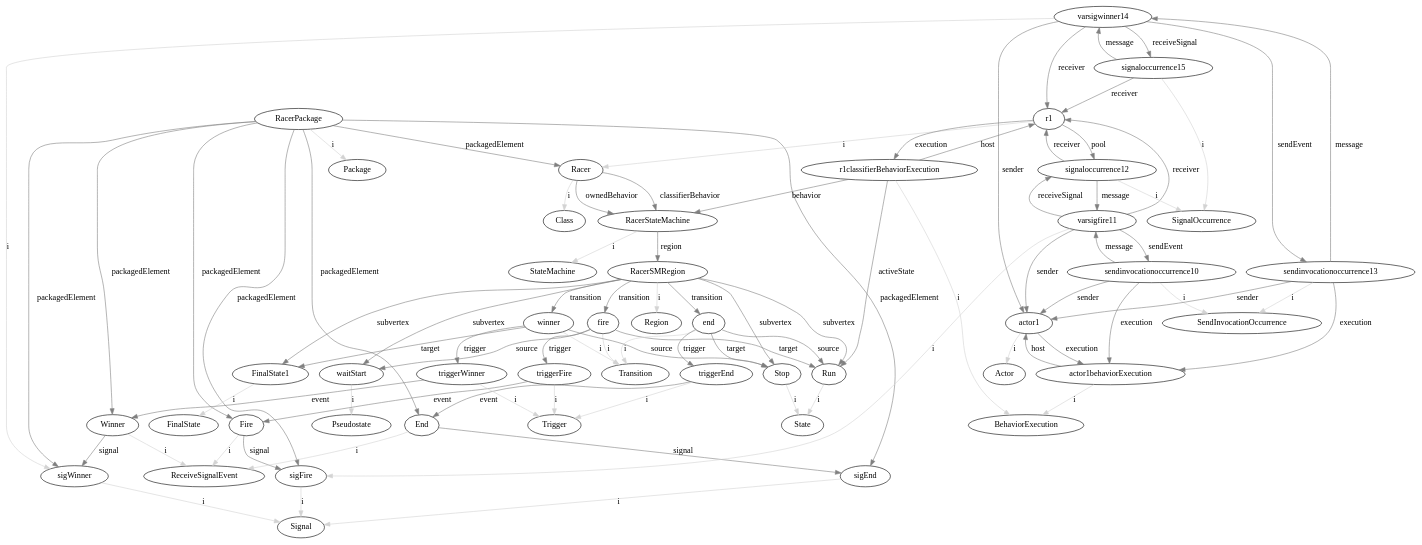
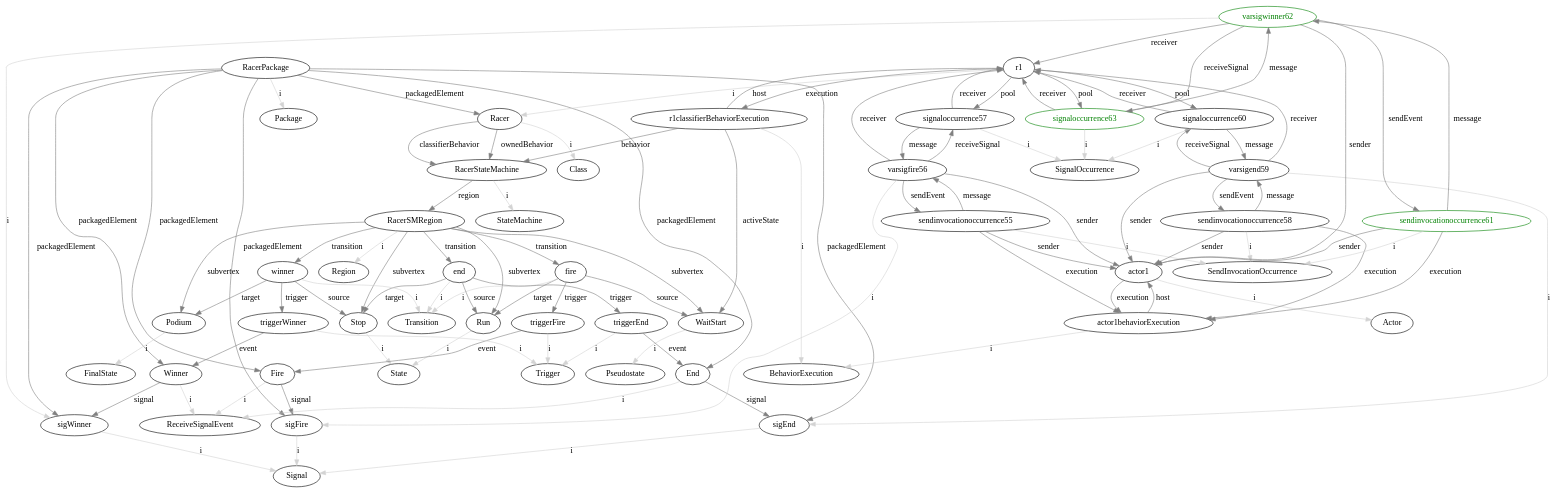
One commit to luisneiva/graf-framework changed the diagram in GraphOutputs/state3.dot. Above: the diagram before and after it, drawn with Graphviz. The commit also changed 13 other files, not shown here.

```diff
--- a/GraphOutputs/state3.dot
+++ b/GraphOutputs/state3.dot
@@ -1,89 +1,120 @@
 digraph umlMetamodel {
 	"RacerPackage" -> "Package" [label="i", color="lightgrey"]
 	"RacerPackage" -> "Racer" [label="packagedElement", color="grey"]
 	"Racer" -> "Class" [label="i", color="lightgrey"]
 	"Racer" -> "RacerStateMachine" [label="classifierBehavior", color="grey"]
 	"Racer" -> "RacerStateMachine" [label="ownedBehavior", color="grey"]
 	"RacerStateMachine" -> "StateMachine" [label="i", color="lightgrey"]
 	"RacerStateMachine" -> "RacerSMRegion" [label="region", color="grey"]
 	"RacerSMRegion" -> "Region" [label="i", color="lightgrey"]
-	"RacerSMRegion" -> "waitStart" [label="subvertex", color="grey"]
-	"waitStart" -> "Pseudostate" [label="i", color="lightgrey"]
+	"RacerSMRegion" -> "WaitStart" [label="subvertex", color="grey"]
+	"WaitStart" -> "Pseudostate" [label="i", color="lightgrey"]
 	"RacerSMRegion" -> "Run" [label="subvertex", color="grey"]
 	"Run" -> "State" [label="i", color="lightgrey"]
 	"RacerSMRegion" -> "Stop" [label="subvertex", color="grey"]
 	"Stop" -> "State" [label="i", color="lightgrey"]
-	"RacerSMRegion" -> "FinalState1" [label="subvertex", color="grey"]
-	"FinalState1" -> "FinalState" [label="i", color="lightgrey"]
+	"RacerSMRegion" -> "Podium" [label="subvertex", color="grey"]
+	"Podium" -> "FinalState" [label="i", color="lightgrey"]
 	"RacerSMRegion" -> "fire" [label="transition", color="grey"]
 	"fire" -> "Transition" [label="i", color="lightgrey"]
-	"fire" -> "waitStart" [label="source", color="grey"]
+	"fire" -> "WaitStart" [label="source", color="grey"]
 	"fire" -> "Run" [label="target", color="grey"]
 	"fire" -> "triggerFire" [label="trigger", color="grey"]
 	"triggerFire" -> "Trigger" [label="i", color="lightgrey"]
 	"triggerFire" -> "Fire" [label="event", color="grey"]
 	"RacerSMRegion" -> "end" [label="transition", color="grey"]
 	"end" -> "Transition" [label="i", color="lightgrey"]
 	"end" -> "Run" [label="source", color="grey"]
 	"end" -> "Stop" [label="target", color="grey"]
 	"end" -> "triggerEnd" [label="trigger", color="grey"]
 	"triggerEnd" -> "Trigger" [label="i", color="lightgrey"]
 	"triggerEnd" -> "End" [label="event", color="grey"]
 	"RacerSMRegion" -> "winner" [label="transition", color="grey"]
 	"winner" -> "Transition" [label="i", color="lightgrey"]
 	"winner" -> "Stop" [label="source", color="grey"]
-	"winner" -> "FinalState1" [label="target", color="grey"]
+	"winner" -> "Podium" [label="target", color="grey"]
 	"winner" -> "triggerWinner" [label="trigger", color="grey"]
 	"triggerWinner" -> "Trigger" [label="i", color="lightgrey"]
 	"triggerWinner" -> "Winner" [label="event", color="grey"]
 	"RacerPackage" -> "sigFire" [label="packagedElement", color="grey"]
 	"sigFire" -> "Signal" [label="i", color="lightgrey"]
 	"RacerPackage" -> "Fire" [label="packagedElement", color="grey"]
 	"Fire" -> "ReceiveSignalEvent" [label="i", color="lightgrey"]
 	"Fire" -> "sigFire" [label="signal", color="grey"]
 	"RacerPackage" -> "sigEnd" [label="packagedElement", color="grey"]
 	"sigEnd" -> "Signal" [label="i", color="lightgrey"]
 	"RacerPackage" -> "End" [label="packagedElement", color="grey"]
 	"End" -> "ReceiveSignalEvent" [label="i", color="lightgrey"]
 	"End" -> "sigEnd" [label="signal", color="grey"]
 	"RacerPackage" -> "sigWinner" [label="packagedElement", color="grey"]
 	"sigWinner" -> "Signal" [label="i", color="lightgrey"]
 	"RacerPackage" -> "Winner" [label="packagedElement", color="grey"]
 	"Winner" -> "ReceiveSignalEvent" [label="i", color="lightgrey"]
 	"Winner" -> "sigWinner" [label="signal", color="grey"]
 	"r1" -> "Racer" [label="i", color="lightgrey"]
 	"r1classifierBehaviorExecution" -> "BehaviorExecution" [label="i", color="lightgrey"]
 	"r1" -> "r1classifierBehaviorExecution" [label="execution", color="grey"]
 	"r1classifierBehaviorExecution" -> "r1" [label="host", color="grey"]
 	"r1classifierBehaviorExecution" -> "RacerStateMachine" [label="behavior", color="grey"]
-	"r1classifierBehaviorExecution" -> "Run" [label="activeState", color="grey"]
+	"r1classifierBehaviorExecution" -> "WaitStart" [label="activeState", color="grey"]
 	"actor1" -> "Actor" [label="i", color="lightgrey"]
 	"actor1behaviorExecution" -> "BehaviorExecution" [label="i", color="lightgrey"]
 	"actor1" -> "actor1behaviorExecution" [label="execution", color="grey"]
 	"actor1behaviorExecution" -> "actor1" [label="host", color="grey"]
-	"sendinvocationoccurrence10" -> "SendInvocationOccurrence" [label="i", color="lightgrey"]
-	"sendinvocationoccurrence10" -> "varsigfire11" [label="message", color="grey"]
-	"varsigfire11" -> "sendinvocationoccurrence10" [label="sendEvent", color="grey"]
-	"varsigfire11" -> "signaloccurrence12" [label="receiveSignal", color="grey"]
-	"signaloccurrence12" -> "varsigfire11" [label="message", color="grey"]
-	"signaloccurrence12" -> "SignalOccurrence" [label="i", color="lightgrey"]
-	"varsigfire11" -> "sigFire" [label="i", color="lightgrey"]
-	"signaloccurrence12" -> "r1" [label="receiver", color="grey"]
-	"r1" -> "signaloccurrence12" [label="pool", color="grey"]
-	"varsigfire11" -> "actor1" [label="sender", color="grey"]
-	"sendinvocationoccurrence10" -> "actor1" [label="sender", color="grey"]
-	"varsigfire11" -> "r1" [label="receiver", color="grey"]
-	"sendinvocationoccurrence10" -> "actor1behaviorExecution" [label="execution", color="grey"]
-	"sendinvocationoccurrence13" -> "SendInvocationOccurrence" [label="i", color="lightgrey"]
-	"sendinvocationoccurrence13" -> "varsigwinner14" [label="message", color="grey"]
-	"varsigwinner14" -> "sendinvocationoccurrence13" [label="sendEvent", color="grey"]
-	"varsigwinner14" -> "signaloccurrence15" [label="receiveSignal", color="grey"]
-	"signaloccurrence15" -> "varsigwinner14" [label="message", color="grey"]
-	"signaloccurrence15" -> "SignalOccurrence" [label="i", color="lightgrey"]
-	"varsigwinner14" -> "sigWinner" [label="i", color="lightgrey"]
-	"signaloccurrence15" -> "r1" [label="receiver", color="grey"]
-	"varsigwinner14" -> "actor1" [label="sender", color="grey"]
-	"sendinvocationoccurrence13" -> "actor1" [label="sender", color="grey"]
-	"varsigwinner14" -> "r1" [label="receiver", color="grey"]
-	"sendinvocationoccurrence13" -> "actor1behaviorExecution" [label="execution", color="grey"]
+	"sendinvocationoccurrence55" -> "SendInvocationOccurrence" [label="i", color="lightgrey"]
+	"sendinvocationoccurrence55" -> "varsigfire56" [label="message", color="grey"]
+	"varsigfire56" -> "sendinvocationoccurrence55" [label="sendEvent", color="grey"]
+	"varsigfire56" -> "signaloccurrence57" [label="receiveSignal", color="grey"]
+	"signaloccurrence57" -> "varsigfire56" [label="message", color="grey"]
+	"signaloccurrence57" -> "SignalOccurrence" [label="i", color="lightgrey"]
+	"varsigfire56" -> "sigFire" [label="i", color="lightgrey"]
+	"signaloccurrence57" -> "r1" [label="receiver", color="grey"]
+	"r1" -> "signaloccurrence57" [label="pool", color="grey"]
+	"varsigfire56" -> "actor1" [label="sender", color="grey"]
+	"sendinvocationoccurrence55" -> "actor1" [label="sender", color="grey"]
+	"varsigfire56" -> "r1" [label="receiver", color="grey"]
+	"sendinvocationoccurrence55" -> "actor1behaviorExecution" [label="execution", color="grey"]
+	"sendinvocationoccurrence58" -> "SendInvocationOccurrence" [label="i", color="lightgrey"]
+	"sendinvocationoccurrence58" -> "varsigend59" [label="message", color="grey"]
+	"varsigend59" -> "sendinvocationoccurrence58" [label="sendEvent", color="grey"]
+	"varsigend59" -> "signaloccurrence60" [label="receiveSignal", color="grey"]
+	"signaloccurrence60" -> "varsigend59" [label="message", color="grey"]
+	"signaloccurrence60" -> "SignalOccurrence" [label="i", color="lightgrey"]
+	"varsigend59" -> "sigEnd" [label="i", color="lightgrey"]
+	"signaloccurrence60" -> "r1" [label="receiver", color="grey"]
+	"r1" -> "signaloccurrence60" [label="pool", color="grey"]
+	"varsigend59" -> "actor1" [label="sender", color="grey"]
+	"sendinvocationoccurrence58" -> "actor1" [label="sender", color="grey"]
+	"varsigend59" -> "r1" [label="receiver", color="grey"]
+	"sendinvocationoccurrence58" -> "actor1behaviorExecution" [label="execution", color="grey"]
+	"sendinvocationoccurrence61" -> "SendInvocationOccurrence" [label="i", color="lightgrey"]
+	"sendinvocationoccurrence61" [color="green", fontcolor="green"]
+	"sendinvocationoccurrence61" -> "varsigwinner62" [label="message", color="grey"]
+	"sendinvocationoccurrence61" [color="green", fontcolor="green"]
+	"varsigwinner62" [color="green", fontcolor="green"]
+	"varsigwinner62" -> "sendinvocationoccurrence61" [label="sendEvent", color="grey"]
+	"varsigwinner62" [color="green", fontcolor="green"]
+	"sendinvocationoccurrence61" [color="green", fontcolor="green"]
+	"varsigwinner62" -> "signaloccurrence63" [label="receiveSignal", color="grey"]
+	"varsigwinner62" [color="green", fontcolor="green"]
+	"signaloccurrence63" [color="green", fontcolor="green"]
+	"signaloccurrence63" -> "varsigwinner62" [label="message", color="grey"]
+	"signaloccurrence63" [color="green", fontcolor="green"]
+	"varsigwinner62" [color="green", fontcolor="green"]
+	"signaloccurrence63" -> "SignalOccurrence" [label="i", color="lightgrey"]
+	"signaloccurrence63" [color="green", fontcolor="green"]
+	"varsigwinner62" -> "sigWinner" [label="i", color="lightgrey"]
+	"varsigwinner62" [color="green", fontcolor="green"]
+	"signaloccurrence63" -> "r1" [label="receiver", color="grey"]
+	"signaloccurrence63" [color="green", fontcolor="green"]
+	"r1" -> "signaloccurrence63" [label="pool", color="grey"]
+	"signaloccurrence63" [color="green", fontcolor="green"]
+	"varsigwinner62" -> "actor1" [label="sender", color="grey"]
+	"varsigwinner62" [color="green", fontcolor="green"]
+	"sendinvocationoccurrence61" -> "actor1" [label="sender", color="grey"]
+	"sendinvocationoccurrence61" [color="green", fontcolor="green"]
+	"varsigwinner62" -> "r1" [label="receiver", color="grey"]
+	"varsigwinner62" [color="green", fontcolor="green"]
+	"sendinvocationoccurrence61" -> "actor1behaviorExecution" [label="execution", color="grey"]
+	"sendinvocationoccurrence61" [color="green", fontcolor="green"]
 }
```
